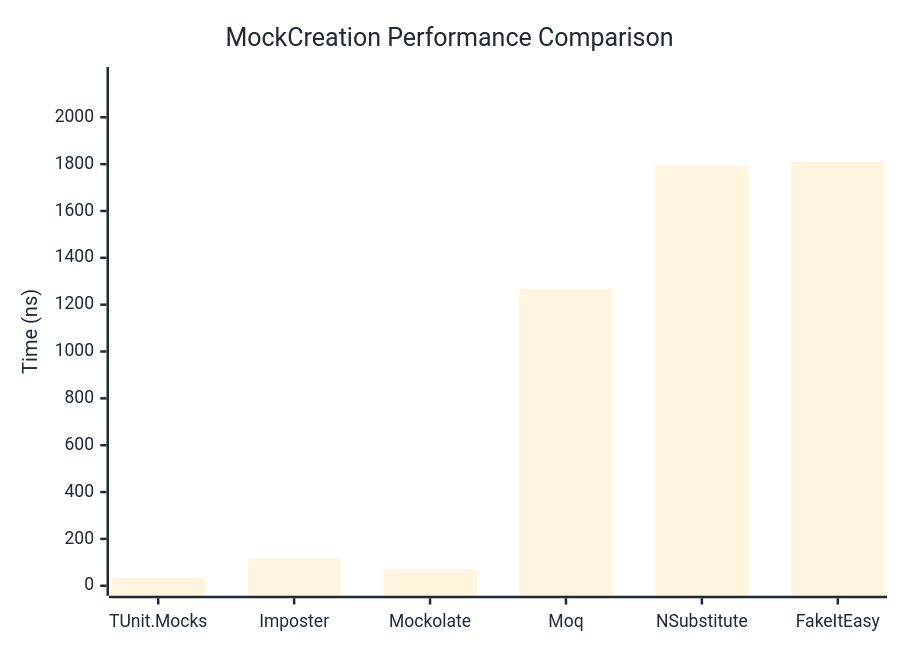
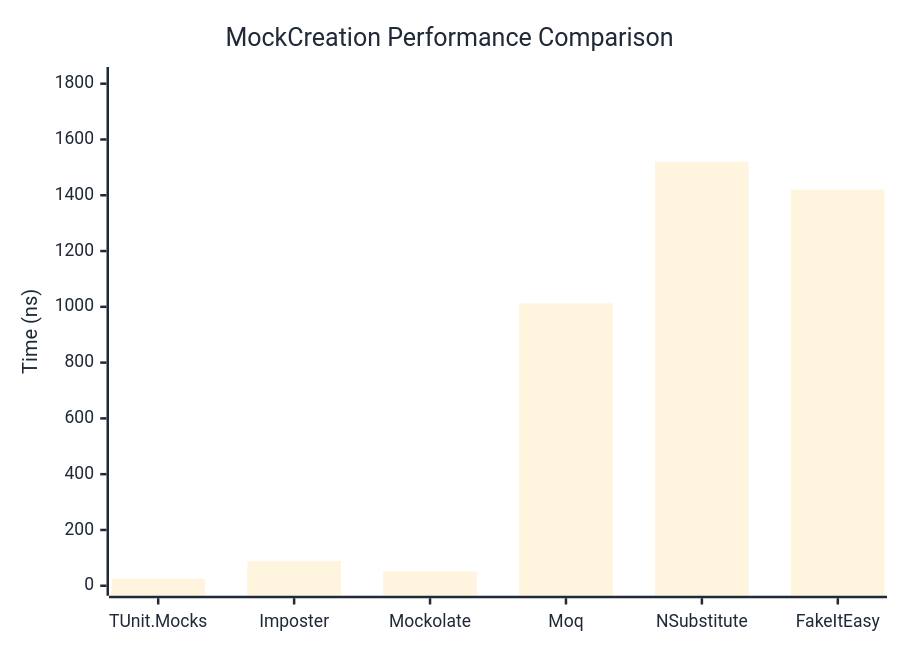
The first of 2 diagrams in docs/docs/benchmarks/mocks/MockCreation.md (thomhurst/TUnit), drawn with Mermaid before and after one commit. The commit also changed other lines of this file and 14 other files, not shown here.

````diff
--- a/docs/docs/benchmarks/mocks/MockCreation.md
+++ b/docs/docs/benchmarks/mocks/MockCreation.md
@@ -30,27 +30,27 @@
 ```mermaid
 %%{init: {
   'theme':'base',
   'themeVariables': {
     'primaryColor': '#2563eb',
     'primaryTextColor': '#1f2937',
     'primaryBorderColor': '#1e40af',
     'lineColor': '#6b7280',
     'secondaryColor': '#7c3aed',
     'tertiaryColor': '#dc2626',
     'background': '#ffffff',
     'pie1': '#2563eb',
     'pie2': '#7c3aed',
     'pie3': '#dc2626',
     'pie4': '#f59e0b',
     'pie5': '#10b981',
     'pie6': '#06b6d4',
     'pie7': '#ec4899',
     'pie8': '#6366f1'
   }
 }}%%
 xychart-beta
   title "MockCreation Performance Comparison"
   x-axis ["TUnit.Mocks", "Imposter", "Mockolate", "Moq", "NSubstitute", "FakeItEasy"]
-  y-axis "Time (ns)" 0 --> 2172
-  bar [33.12, 115.83, 70.04, 1268.78, 1792.73, 1809.35]
+  y-axis "Time (ns)" 0 --> 1824
+  bar [24.83, 88.38, 51.41, 1012.43, 1519.96, 1420.01]
 ```
````
